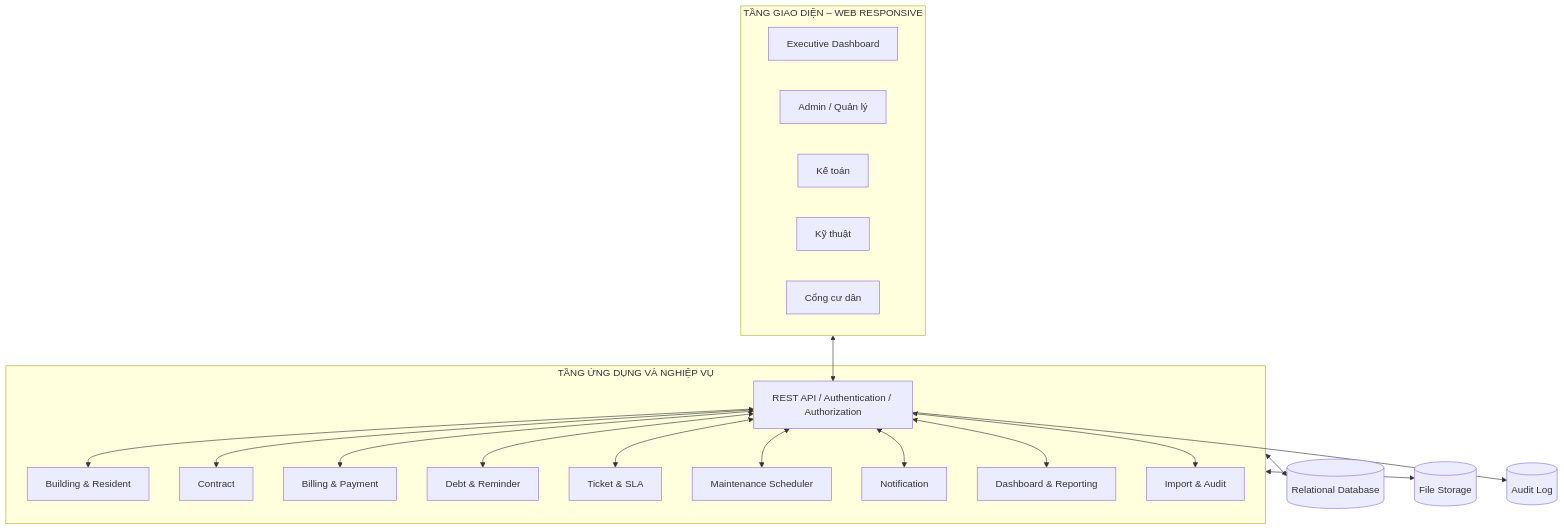
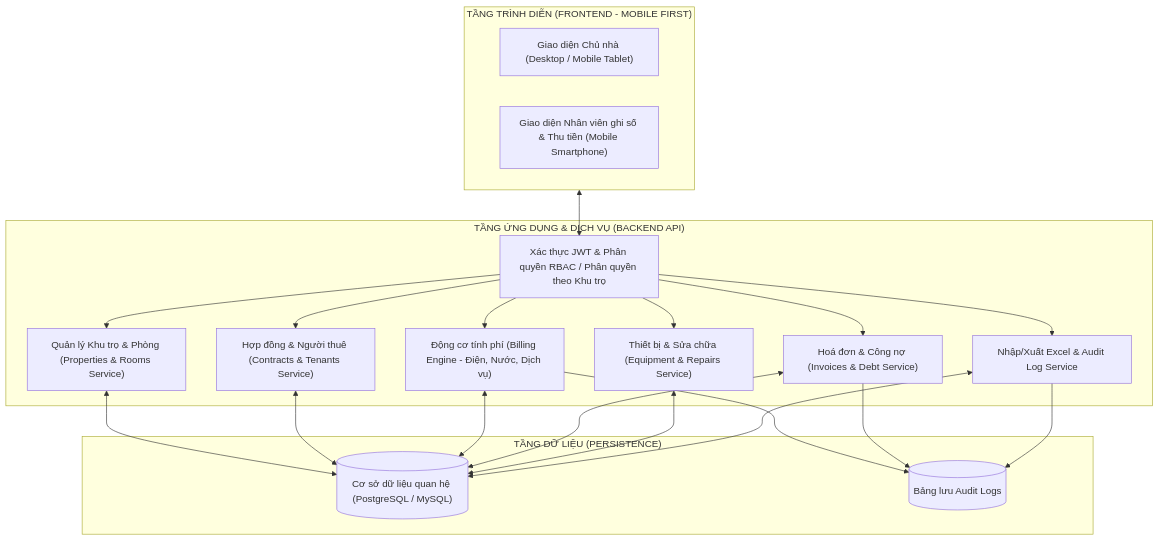
One commit to HuyyHoang2kk4/building-management-system changed the first of 5 diagrams in docs/02_SRS_He_thong_quan_ly_toa_nha.md. Above: the diagram before and after it, drawn with Mermaid. The commit also changed other lines of this file and 21 other files, not shown here.

````diff
--- a/docs/02_SRS_He_thong_quan_ly_toa_nha.md
+++ b/docs/02_SRS_He_thong_quan_ly_toa_nha.md
@@ -89,38 +78,27 @@
 ```mermaid
 flowchart TB
-    subgraph CLIENT["TẦNG GIAO DIỆN – WEB RESPONSIVE"]
-        A["Executive Dashboard"]
-        B["Admin / Quản lý"]
-        C["Kế toán"]
-        D["Kỹ thuật"]
-        E["Cổng cư dân"]
+    subgraph CLIENT["TẦNG TRÌNH DIỄN (FRONTEND - MOBILE FIRST)"]
+        UI1["Giao diện Chủ nhà (Desktop / Mobile Tablet)"]
+        UI2["Giao diện Nhân viên ghi số & Thu tiền (Mobile Smartphone)"]
     end
-    subgraph APP["TẦNG ỨNG DỤNG VÀ NGHIỆP VỤ"]
-        API["REST API / Authentication / Authorization"]
-        S1["Building & Resident"]
-        S2["Contract"]
-        S3["Billing & Payment"]
-        S4["Debt & Reminder"]
-        S5["Ticket & SLA"]
-        S6["Maintenance Scheduler"]
-        S7["Notification"]
-        S8["Dashboard & Reporting"]
-        S9["Import & Audit"]
+
+    subgraph API_GW["TẦNG ỨNG DỤNG & DỊCH VỤ (BACKEND API)"]
+        AUTH["Xác thực JWT & Phân quyền RBAC / Phân quyền theo Khu trọ"]
+        S1["Quản lý Khu trọ & Phòng (Properties & Rooms Service)"]
+        S2["Hợp đồng & Người thuê (Contracts & Tenants Service)"]
+        S3["Động cơ tính phí (Billing Engine - Điện, Nước, Dịch vụ)"]
+        S4["Hoá đơn & Công nợ (Invoices & Debt Service)"]
+        S5["Thiết bị & Sửa chữa (Equipment & Repairs Service)"]
+        S6["Nhập/Xuất Excel & Audit Log Service"]
     end
-    DB[("Relational Database")]
-    FS[("File Storage")]
-    LOG[("Audit Log")]
-    CLIENT <--> API
-    API <--> S1
-    API <--> S2
-    API <--> S3
-    API <--> S4
-    API <--> S5
-    API <--> S6
-    API <--> S7
-    API <--> S8
-    API <--> S9
-    APP <--> DB
-    APP <--> FS
-    API --> LOG
+
+    subgraph DATA["TẦNG DỮ LIỆU (PERSISTENCE)"]
+        DB[("Cơ sở dữ liệu quan hệ (PostgreSQL / MySQL)")]
+        LOGS[("Bảng lưu Audit Logs")]
+    end
+
+    CLIENT <--> AUTH
+    AUTH --> S1 & S2 & S3 & S4 & S5 & S6
+    S1 & S2 & S3 & S4 & S5 & S6 <--> DB
+    S3 & S4 & S6 --> LOGS
 ```
````
